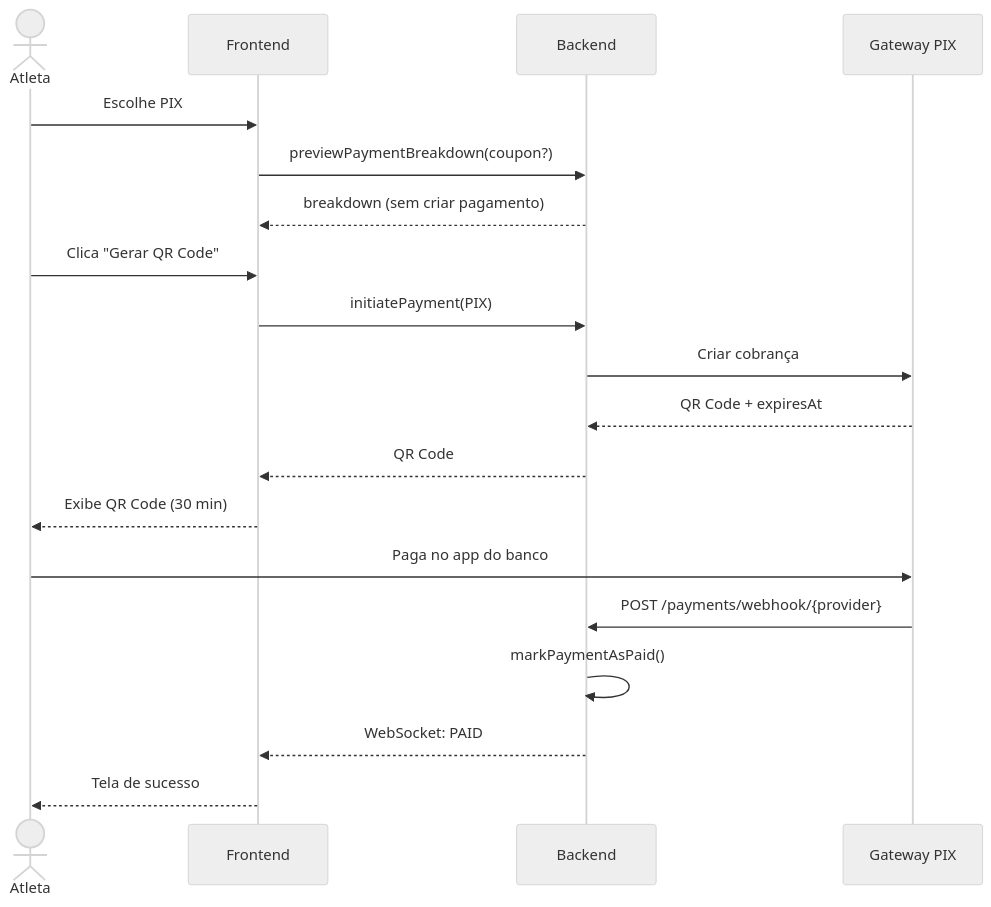
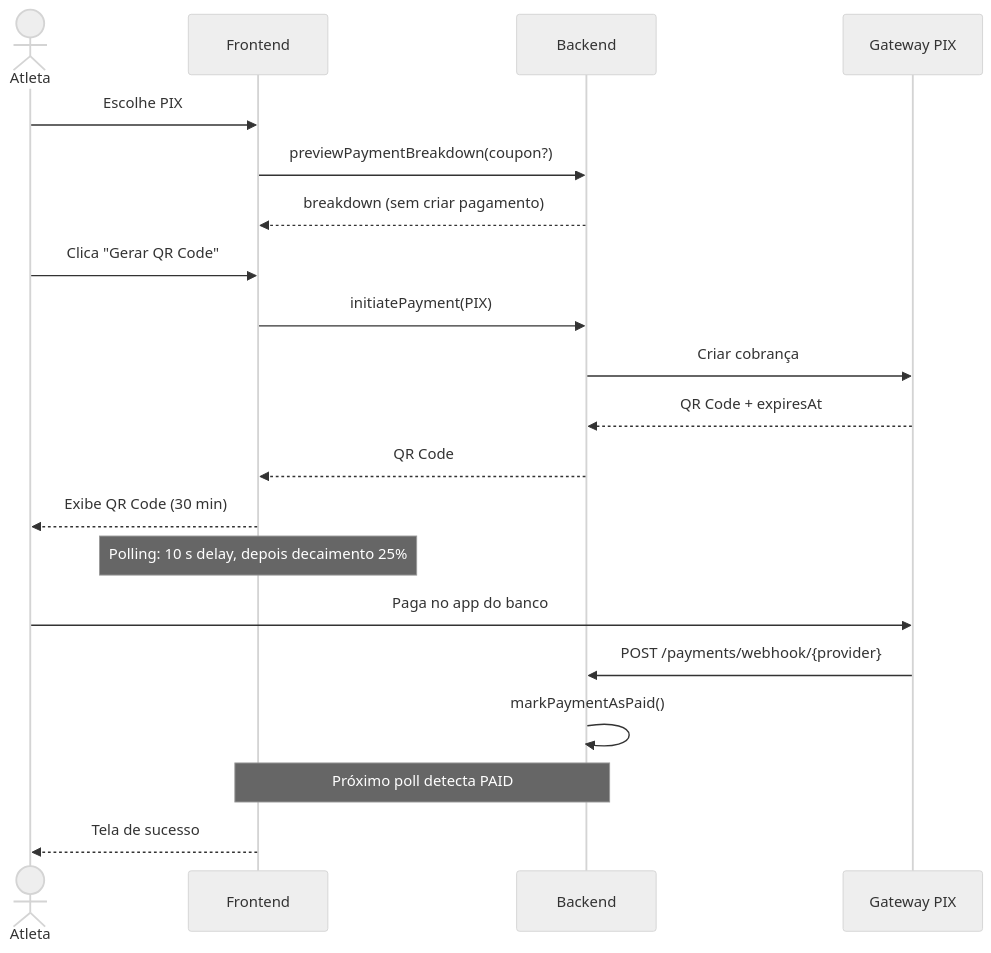
One commit to israelvcb/passogiro-mintlify-docs changed the second of 6 diagrams in sistema/fluxo-pagamento.mdx. Above: the diagram before and after it, drawn with Mermaid (neutral theme). The commit also changed other lines of this file and 6 other files, not shown here.

````diff
--- a/sistema/fluxo-pagamento.mdx
+++ b/sistema/fluxo-pagamento.mdx
@@ -70,22 +72,23 @@
     ```mermaid
     sequenceDiagram
       actor Atleta
       participant FE as Frontend
       participant BE as Backend
       participant GW as Gateway PIX
 
       Atleta->>FE: Escolhe PIX
       FE->>BE: previewPaymentBreakdown(coupon?)
       BE-->>FE: breakdown (sem criar pagamento)
       Atleta->>FE: Clica "Gerar QR Code"
       FE->>BE: initiatePayment(PIX)
       BE->>GW: Criar cobrança
       GW-->>BE: QR Code + expiresAt
       BE-->>FE: QR Code
       FE-->>Atleta: Exibe QR Code (30 min)
+      Note over FE: Polling: 10 s delay, depois decaimento 25%
       Atleta->>GW: Paga no app do banco
       GW->>BE: POST /payments/webhook/{provider}
       BE->>BE: markPaymentAsPaid()
-      BE-->>FE: WebSocket: PAID
+      Note over FE,BE: Próximo poll detecta PAID
       FE-->>Atleta: Tela de sucesso
     ```
````
